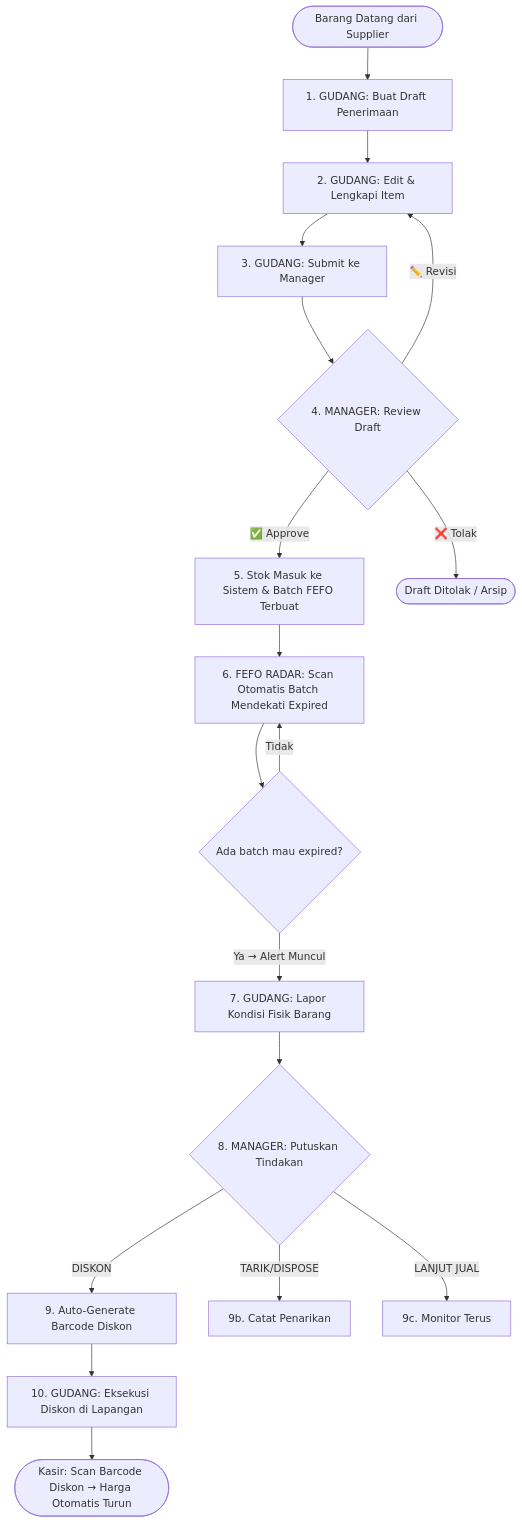
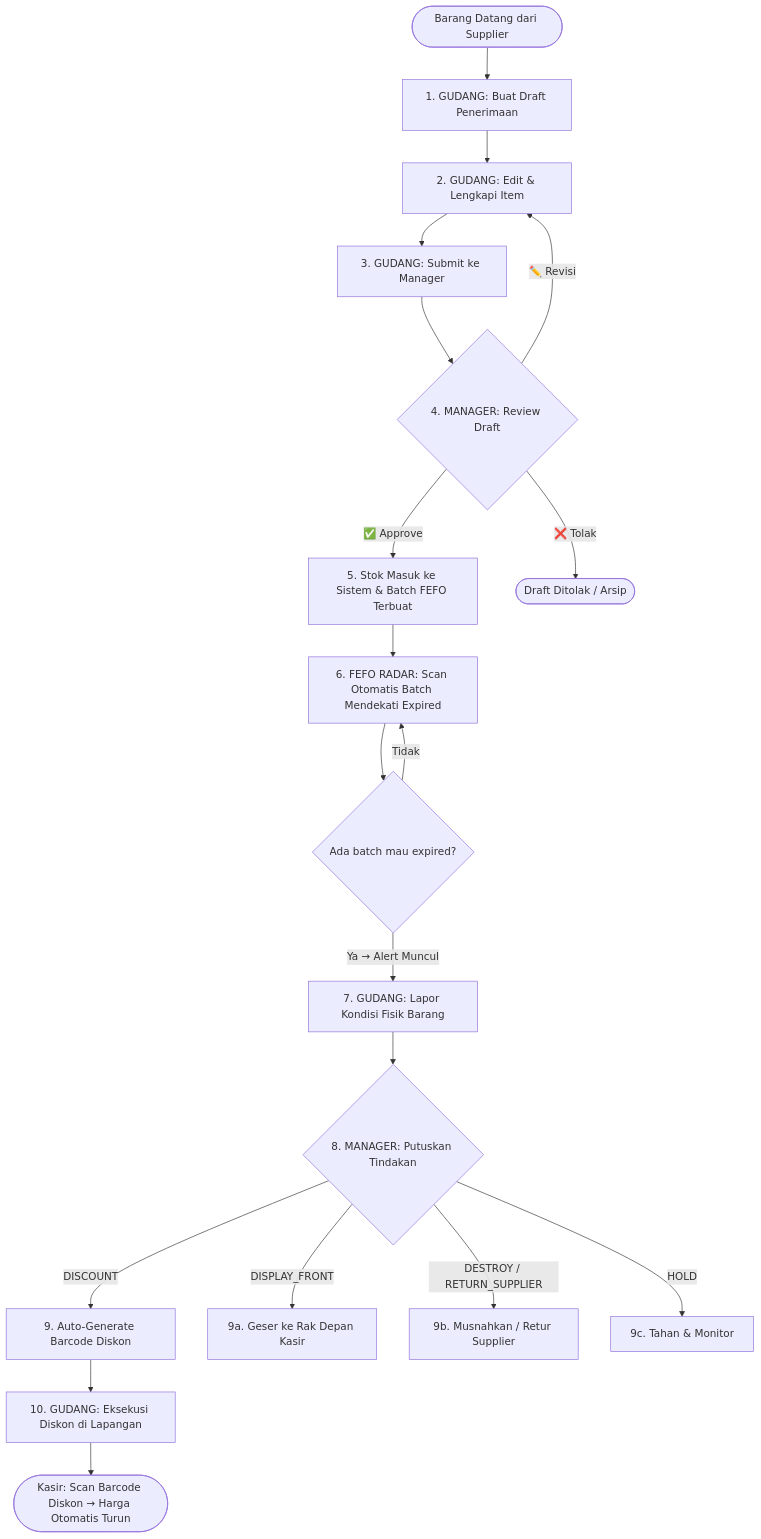
One commit to najmusyafa-ind/wiramart changed the diagram in docs/Alur_Gudang_PRDv3.md. Above: the diagram before and after it, drawn with Mermaid. The commit also changed other lines of this file and 7 other files, not shown here.

Commit message:
docs: update README, sync PRD and SOP with schema v3.1, and establish AGENTS/CLAUDE governance

````diff
--- a/docs/Alur_Gudang_PRDv3.md
+++ b/docs/Alur_Gudang_PRDv3.md
@@ -23,21 +23,22 @@
 ```mermaid
 flowchart TD
     A([Barang Datang dari Supplier]) --> B[1. GUDANG: Buat Draft Penerimaan]
     B --> C[2. GUDANG: Edit & Lengkapi Item]
     C --> D[3. GUDANG: Submit ke Manager]
     D --> E{4. MANAGER: Review Draft}
     E -- ✅ Approve --> F[5. Stok Masuk ke Sistem & Batch FEFO Terbuat]
     E -- ✏️ Revisi --> C
     E -- ❌ Tolak --> G([Draft Ditolak / Arsip])
     
     F --> H[6. FEFO RADAR: Scan Otomatis Batch Mendekati Expired]
     H --> I{Ada batch mau expired?}
     I -- Tidak --> H
     I -- Ya → Alert Muncul --> J[7. GUDANG: Lapor Kondisi Fisik Barang]
     J --> K{8. MANAGER: Putuskan Tindakan}
-    K -- DISKON --> L[9. Auto-Generate Barcode Diskon]
-    K -- TARIK/DISPOSE --> M[9b. Catat Penarikan]
-    K -- LANJUT JUAL --> N[9c. Monitor Terus]
+    K -- DISCOUNT --> L[9. Auto-Generate Barcode Diskon]
+    K -- DISPLAY_FRONT --> M1[9a. Geser ke Rak Depan Kasir]
+    K -- DESTROY / RETURN_SUPPLIER --> M[9b. Musnahkan / Retur Supplier]
+    K -- HOLD --> N[9c. Tahan & Monitor]
     L --> O[10. GUDANG: Eksekusi Diskon di Lapangan]
     O --> P([Kasir: Scan Barcode Diskon → Harga Otomatis Turun])
 ```
````
